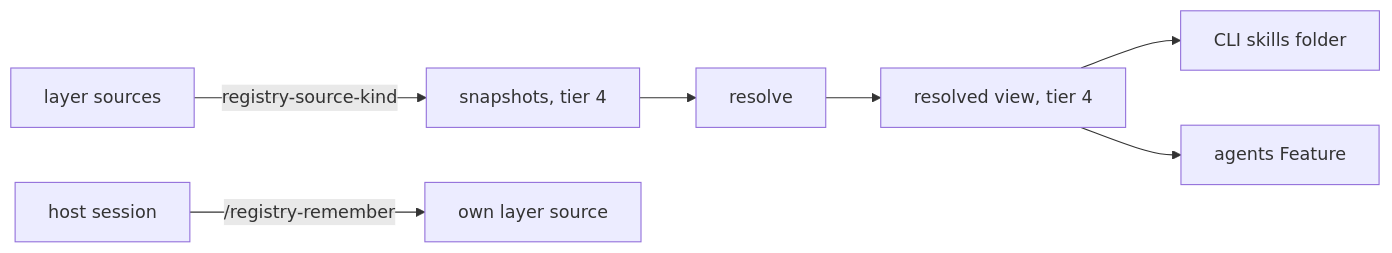
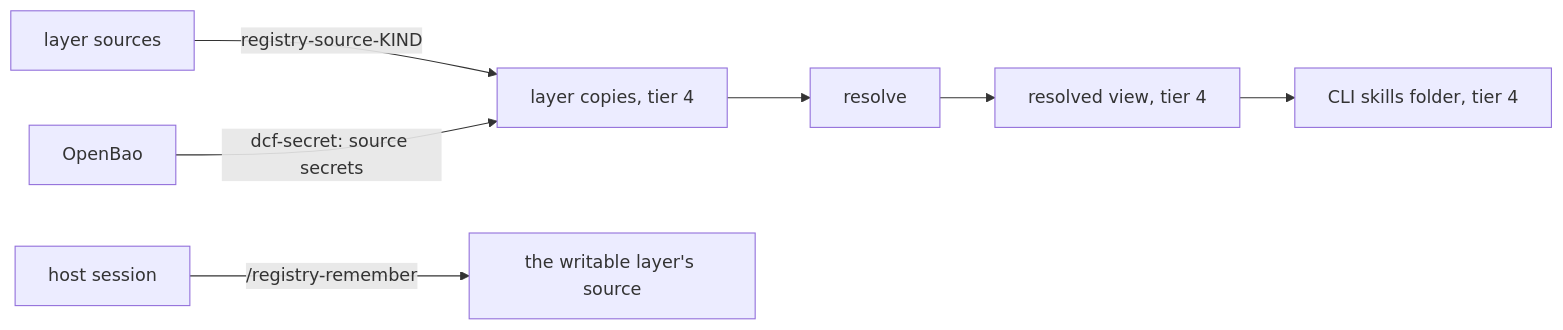
The sixth of 7 diagrams in docs/proposals/component-registry.md (nabil-becker/devcontainer-features), drawn with Mermaid before and after one commit. The commit also changed other lines of this file and 2 other files, not shown here.

First line of the commit message:
docs(proposals): apply the architecture review and the Operator's rulings to the component registry (layered-skills-proposal)

````diff
--- a/docs/proposals/component-registry.md
+++ b/docs/proposals/component-registry.md
@@ -286,8 +385,8 @@
 ```mermaid
 flowchart LR
-  src["layer sources"] -->|registry-source-kind| snap["snapshots, tier 4"]
-  snap --> res["resolve"] --> view["resolved view, tier 4"]
-  view --> cli["CLI skills folder"]
-  view --> ag["agents Feature"]
-  host["host session"] -->|/registry-remember| own["own layer source"]
+  src["layer sources"] -->|"registry-source-KIND"| copies["layer copies, tier 4"]
+  bao["OpenBao"] -->|"dcf-secret: source secrets"| copies
+  copies --> res["resolve"] --> view["resolved view, tier 4"]
+  view --> cli["CLI skills folder, tier 4"]
+  host["host session"] -->|"/registry-remember"| own["the writable layer's source"]
 ```
````
